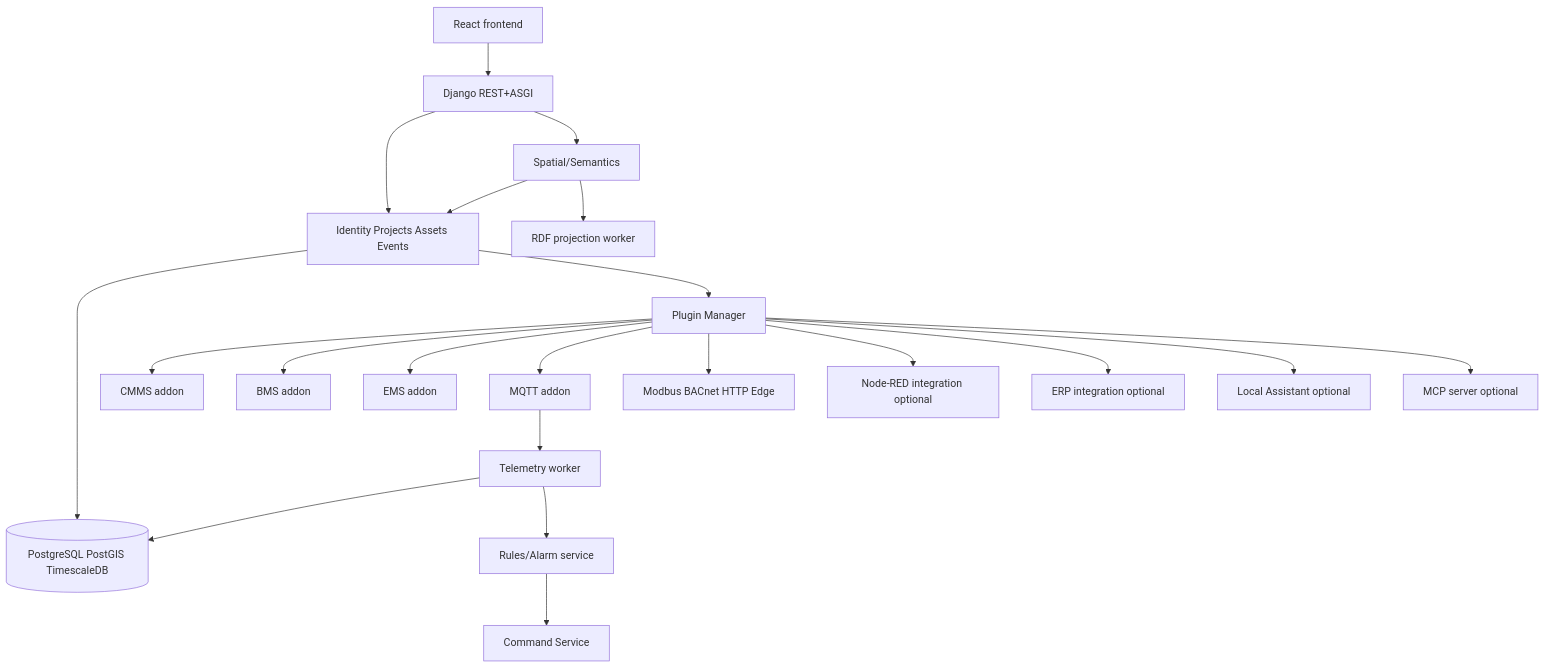
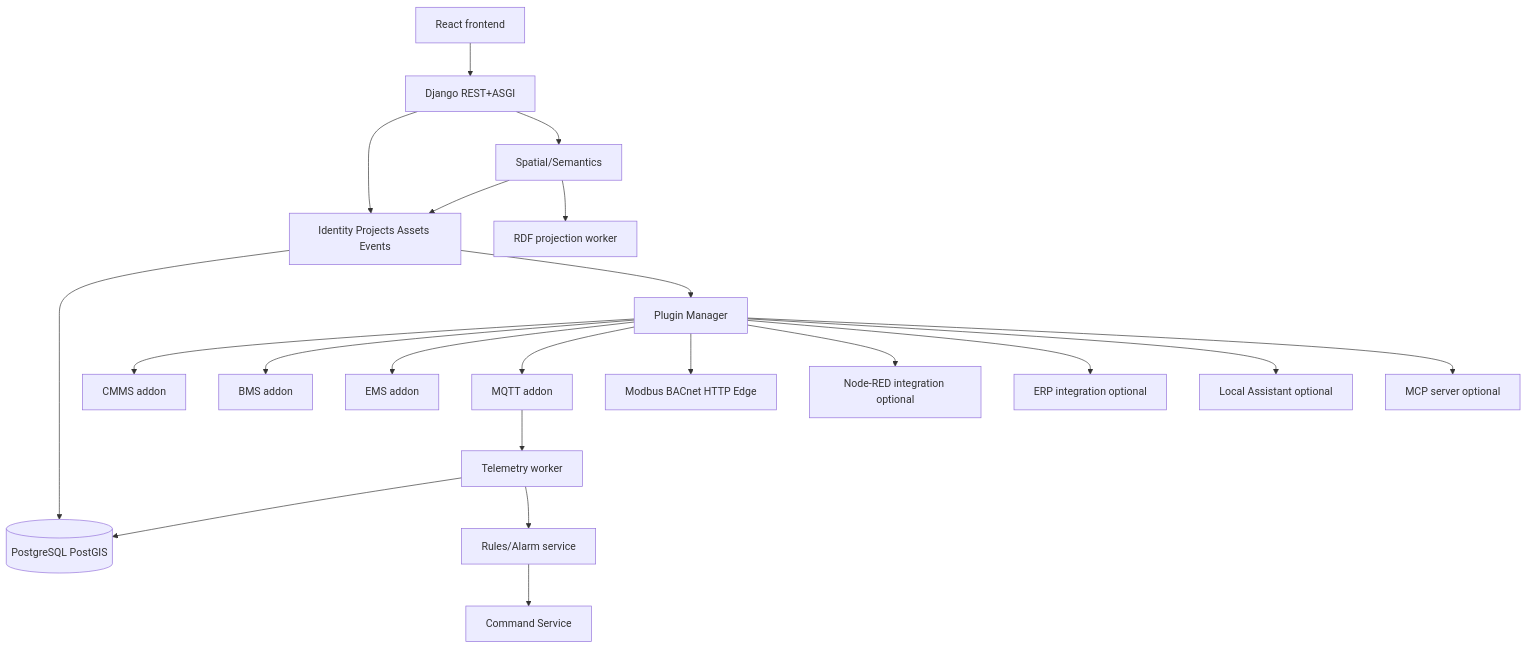
Before and after one commit to fhernaez/open-asset-platform: the diagram in docs/architecture/DEPENDENCY_GRAPH.md, drawn with Mermaid. The commit also changed 80 other files, not shown here.

Commit message:
refactor: PostgreSQL plano + PostGIS sin hypertables (ADR-013); docs y grafo actualizados

````diff
--- a/docs/architecture/DEPENDENCY_GRAPH.md
+++ b/docs/architecture/DEPENDENCY_GRAPH.md
@@ -3,23 +3,23 @@
 ```mermaid
 flowchart TD
   UI[React frontend] --> API[Django REST+ASGI]
   API --> CORE[Identity Projects Assets Events]
-  CORE --> DB[(PostgreSQL PostGIS TimescaleDB)]
+  CORE --> DB[(PostgreSQL PostGIS)]
   API --> SP[Spatial/Semantics]
   SP --> CORE
   SP --> RDF[RDF projection worker]
   CORE --> PL[Plugin Manager]
   PL --> CMMS[CMMS addon]
   PL --> BMS[BMS addon]
   PL --> EMS[EMS addon]
   PL --> MQTT[MQTT addon]
   PL --> OTHER[Modbus BACnet HTTP Edge]
   MQTT --> TS[Telemetry worker]
   TS --> DB
   TS --> RULES[Rules/Alarm service]
   RULES --> CMD[Command Service]
   PL --> NR[Node-RED integration optional]
   PL --> ERP[ERP integration optional]
   PL --> AI[Local Assistant optional]
   PL --> MCP[MCP server optional]
 ```
````
